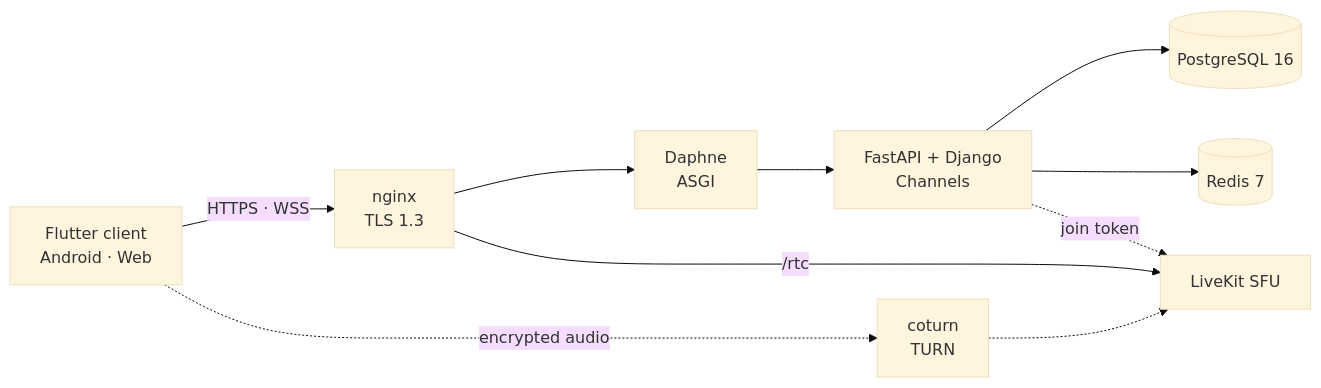
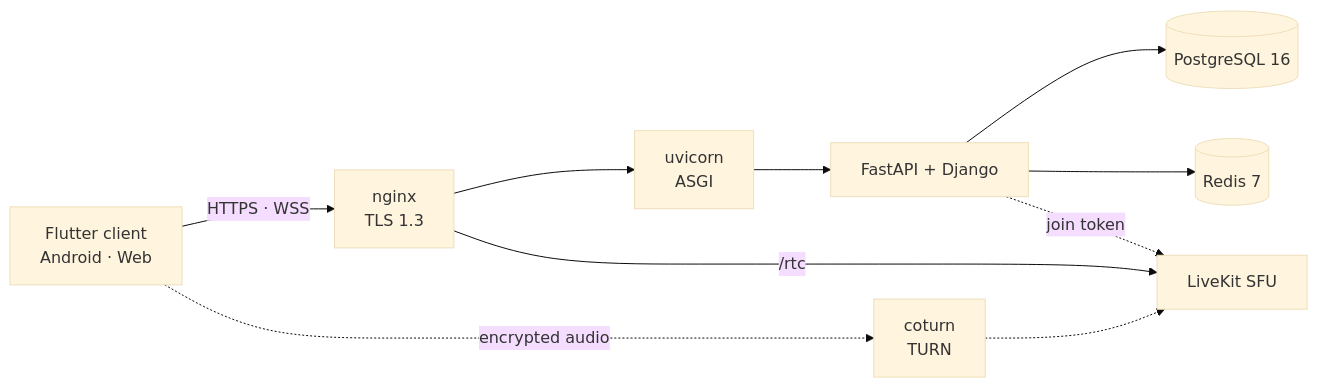
Before and after one commit to n-shadloo/communication-platform: the diagram in README.md, drawn with Mermaid (base theme). The commit also changed other lines of this file and 10 other files, not shown here.

````diff
--- a/README.md
+++ b/README.md
@@ -53,21 +53,21 @@
 ```mermaid
 flowchart LR
   C["Flutter client<br/>Android · Web"]
   N["nginx<br/>TLS 1.3"]
-  D["Daphne<br/>ASGI"]
-  A["FastAPI + Django<br/>Channels"]
+  D["uvicorn<br/>ASGI"]
+  A["FastAPI + Django"]
   P[("PostgreSQL 16")]
   R[("Redis 7")]
   L["LiveKit SFU"]
   T["coturn<br/>TURN"]
 
   C -->|"HTTPS · WSS"| N
   N --> D
   D --> A
   A --> P
   A --> R
   N -->|"/rtc"| L
   A -.->|"join token"| L
   C -.->|"encrypted audio"| T
   T -.-> L
 ```
````
